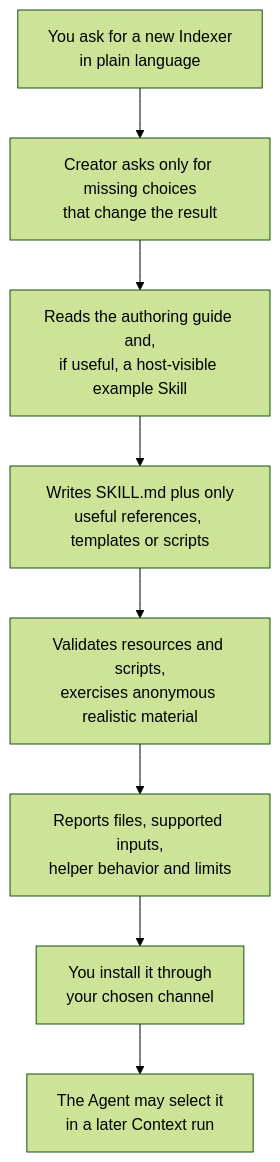
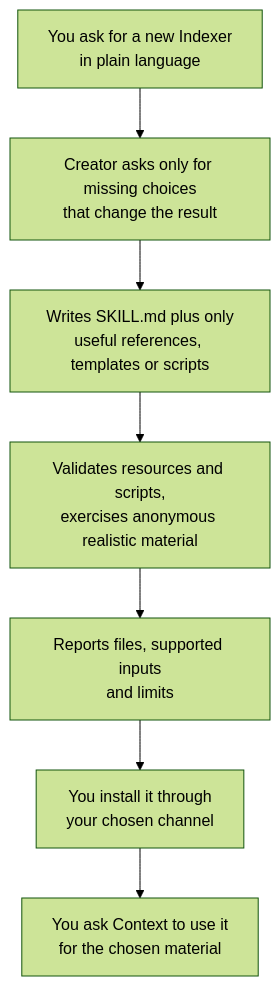
One commit to context4ai/portal changed the diagram in knowledge/sop/custom-indexers/creating-an-indexer.md. Above: the diagram before and after it, drawn with Mermaid (forest theme). The commit also changed other lines of this file and 129 other files, not shown here.

````diff
--- a/knowledge/sop/custom-indexers/creating-an-indexer.md
+++ b/knowledge/sop/custom-indexers/creating-an-indexer.md
@@ -16,10 +16,9 @@
 ```mermaid
 flowchart TD
   ask["You ask for a new Indexer<br/>in plain language"] --> clarify["Creator asks only for missing choices<br/>that change the result"]
-  clarify --> study["Reads the authoring guide and,<br/>if useful, a host-visible example Skill"]
-  study --> write["Writes SKILL.md plus only<br/>useful references, templates or scripts"]
+  clarify --> write["Writes SKILL.md plus only<br/>useful references, templates or scripts"]
   write --> check["Validates resources and scripts,<br/>exercises anonymous realistic material"]
-  check --> report["Reports files, supported inputs,<br/>helper behavior and limits"]
+  check --> report["Reports files, supported inputs<br/>and limits"]
   report --> install["You install it through<br/>your chosen channel"]
-  install --> select["The Agent may select it<br/>in a later Context run"]
+  install --> use["You ask Context to use it<br/>for the chosen material"]
 ```
````
